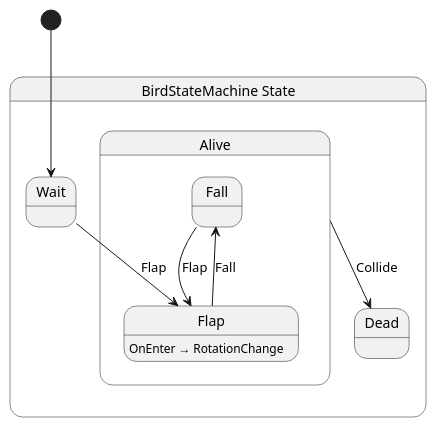
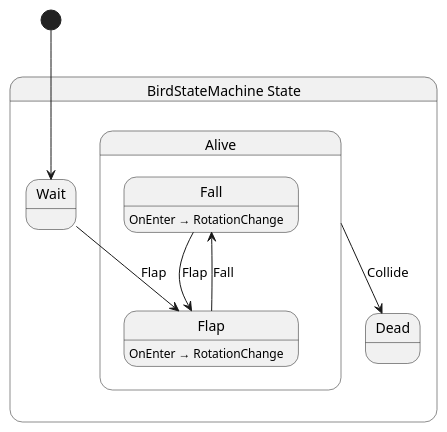
The diagram in src/Game/Creature/Bird/BirdStateMachine.g.puml (fm39hz/FlappyBirdGame), drawn with PlantUML before and after one commit. The commit also changed 3 other files, not shown here.

```diff
--- a/src/Game/Creature/Bird/BirdStateMachine.g.puml
+++ b/src/Game/Creature/Bird/BirdStateMachine.g.puml
@@ -1,19 +1,20 @@
 @startuml BirdStateMachine
 state "BirdStateMachine State" as FlappyBirdGame_Game_Creature_BirdStateMachine_State {
   state "Alive" as FlappyBirdGame_Game_Creature_BirdStateMachine_State_Alive {
     state "Fall" as FlappyBirdGame_Game_Creature_BirdStateMachine_State_Alive_Fall
     state "Flap" as FlappyBirdGame_Game_Creature_BirdStateMachine_State_Alive_Flap
   }
   state "Dead" as FlappyBirdGame_Game_Creature_BirdStateMachine_State_Dead
   state "Wait" as FlappyBirdGame_Game_Creature_BirdStateMachine_State_Wait
 }
 
 FlappyBirdGame_Game_Creature_BirdStateMachine_State_Alive --> FlappyBirdGame_Game_Creature_BirdStateMachine_State_Dead : Collide
 FlappyBirdGame_Game_Creature_BirdStateMachine_State_Alive_Fall --> FlappyBirdGame_Game_Creature_BirdStateMachine_State_Alive_Flap : Flap
 FlappyBirdGame_Game_Creature_BirdStateMachine_State_Alive_Flap --> FlappyBirdGame_Game_Creature_BirdStateMachine_State_Alive_Fall : Fall
 FlappyBirdGame_Game_Creature_BirdStateMachine_State_Wait --> FlappyBirdGame_Game_Creature_BirdStateMachine_State_Alive_Flap : Flap
 
+FlappyBirdGame_Game_Creature_BirdStateMachine_State_Alive_Fall : OnEnter → RotationChange
 FlappyBirdGame_Game_Creature_BirdStateMachine_State_Alive_Flap : OnEnter → RotationChange
 
 [*] --> FlappyBirdGame_Game_Creature_BirdStateMachine_State_Wait
 @enduml
```
